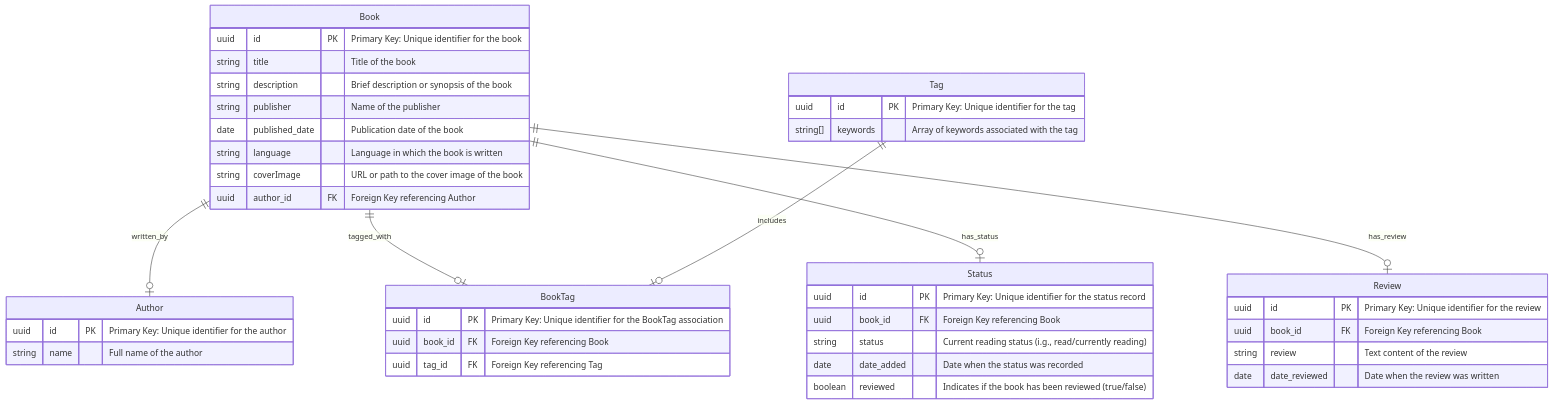
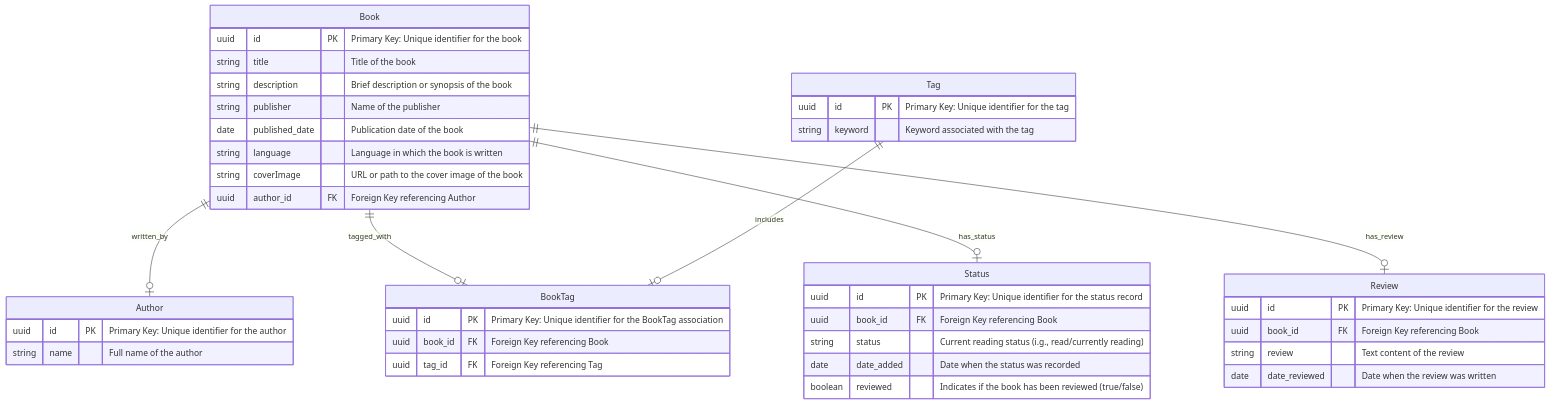
One commit to yurikdotdev/bookshelf-api changed the diagram in docs/README.md. Above: the diagram before and after it, drawn with Mermaid. The commit also changed 2 other files, not shown here.

Commit message:
fix(db): update tag schema

````diff
--- a/docs/README.md
+++ b/docs/README.md
@@ -83,51 +83,51 @@
 ```mermaid
 erDiagram
     Book {
         uuid id PK "Primary Key: Unique identifier for the book"
         string title "Title of the book"
         string description "Brief description or synopsis of the book"
         string publisher "Name of the publisher"
         date published_date "Publication date of the book"
         string language "Language in which the book is written"
         string coverImage "URL or path to the cover image of the book"
         uuid author_id FK "Foreign Key referencing Author"
     }
 
     Author {
         uuid id PK "Primary Key: Unique identifier for the author"
         string name "Full name of the author"
     }
 
     Tag {
         uuid id PK "Primary Key: Unique identifier for the tag"
-        string[] keywords "Array of keywords associated with the tag"
+        string keyword "Keyword associated with the tag"
     }
 
     BookTag {
         uuid id PK "Primary Key: Unique identifier for the BookTag association"
         uuid book_id FK "Foreign Key referencing Book"
         uuid tag_id FK "Foreign Key referencing Tag"
     }
 
     Status {
         uuid id PK "Primary Key: Unique identifier for the status record"
         uuid book_id FK "Foreign Key referencing Book"
         string status "Current reading status (i.g., read/currently reading)"
         date date_added "Date when the status was recorded"
         boolean reviewed "Indicates if the book has been reviewed (true/false)"
     }
 
     Review {
         uuid id PK "Primary Key: Unique identifier for the review"
         uuid book_id FK "Foreign Key referencing Book"
         string review "Text content of the review"
         date date_reviewed "Date when the review was written"
     }
 
     %% Relationships
     Book ||--o| Author : written_by
     Book ||--o| BookTag : tagged_with
     Book ||--o| Status : has_status
     Book ||--o| Review : has_review
     Tag ||--o| BookTag : includes
 ```
````
